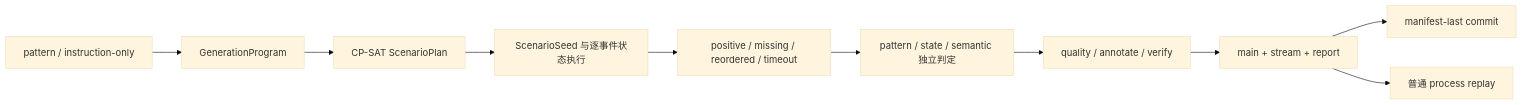
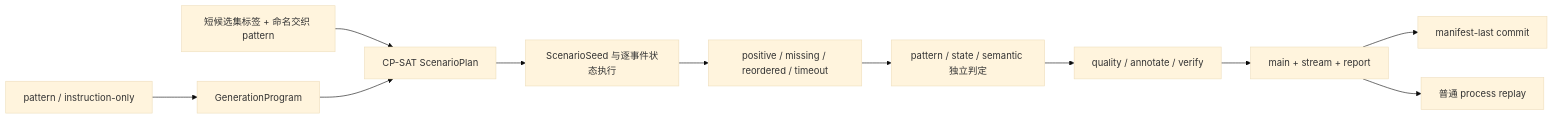
One commit to HoldThatThgt/LabelKit changed the diagram in examples/sequence-generation/README.md. Above: the diagram before and after it, drawn with Mermaid (base theme). The commit also changed other lines of this file and 59 other files, not shown here.

Commit message:
feat: add weighted sequence interleaving

````diff
--- a/examples/sequence-generation/README.md
+++ b/examples/sequence-generation/README.md
@@ -6,12 +7,13 @@
 ```mermaid
 flowchart LR
     A[pattern / instruction-only] --> B[GenerationProgram]
-    B --> C[CP-SAT ScenarioPlan]
+    X[短候选集标签 + 命名交织 pattern] --> C[CP-SAT ScenarioPlan]
+    B --> C
     C --> D[ScenarioSeed 与逐事件状态执行]
     D --> E[positive / missing / reordered / timeout]
     E --> F[pattern / state / semantic 独立判定]
     F --> G[quality / annotate / verify]
     G --> H[main + stream + report]
     H --> I[manifest-last commit]
     H --> J[普通 process replay]
 ```
````
